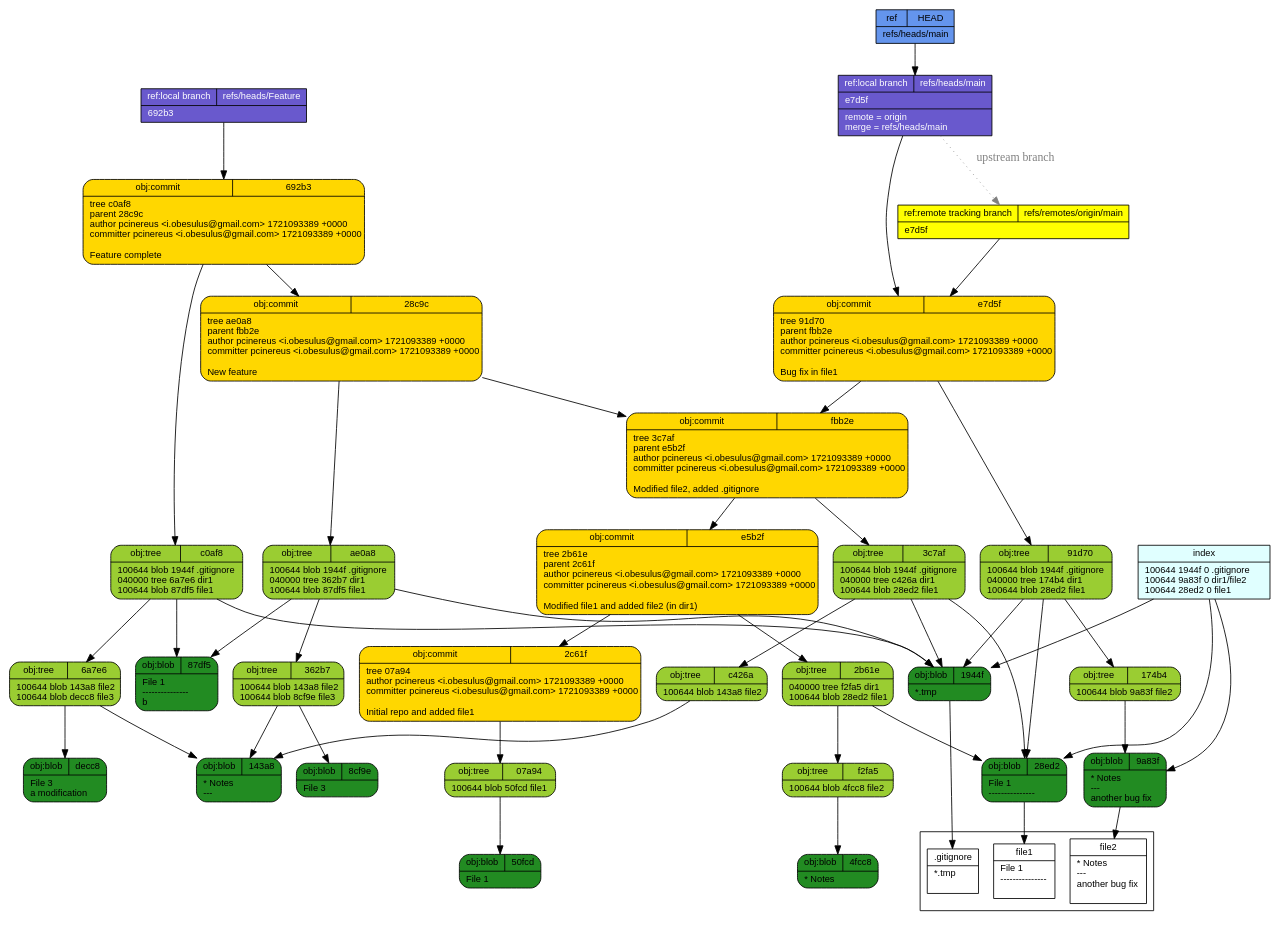
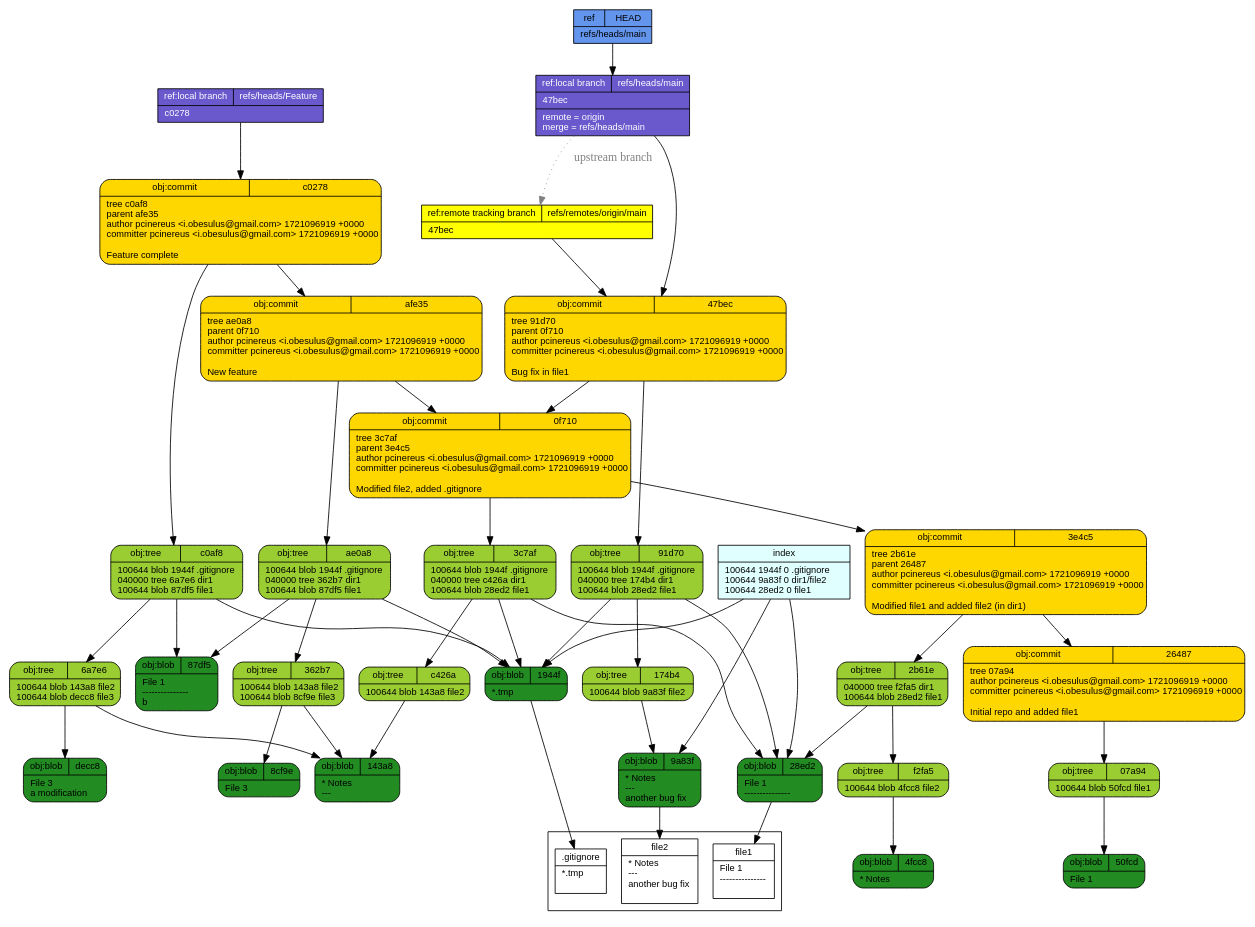
One commit to pcinereus/SUYRs_documents changed the diagram in tut/git-draw.dot. Above: the diagram before and after it, drawn with Graphviz. The commit also changed 609 other files, not shown here.

```diff
--- a/tut/git-draw.dot
+++ b/tut/git-draw.dot
@@ -1,57 +1,57 @@
 digraph structs {
   node [shape=record,fontsize=11,fontname="arial"];
   rankdir="TB";
   _f2fa5 [fillcolor="yellowgreen", style="filled,rounded", label="{{obj:tree|f2fa5}|100644\ blob\ 4fcc8\	file2\l}"]  _f2fa5 -> _4fcc8
-  _692b3 [fillcolor="gold", style="filled,rounded", label="{{obj:commit|692b3}|tree\ c0af8\lparent\ 28c9c\lauthor\ pcinereus\ \<i\.obesulus\@gmail\.com\>\ 1721093389\ \+0000\lcommitter\ pcinereus\ \<i\.obesulus\@gmail\.com\>\ 1721093389\ \+0000\l\lFeature\ complete\l}"]  _692b3 -> _c0af8
-  _692b3 -> _28c9c
   _07a94 [fillcolor="yellowgreen", style="filled,rounded", label="{{obj:tree|07a94}|100644\ blob\ 50fcd\	file1\l}"]  _07a94 -> _50fcd
   _143a8 [fillcolor="forestgreen", style="filled,rounded", label="{{obj:blob|143a8}|\*\ Notes\l\-\-\-\l}"]  _c0af8 [fillcolor="yellowgreen", style="filled,rounded", label="{{obj:tree|c0af8}|100644\ blob\ 1944f\	\.gitignore\l040000\ tree\ 6a7e6\	dir1\l100644\ blob\ 87df5\	file1\l}"]  _c0af8 -> _1944f
   _c0af8 -> _6a7e6
   _c0af8 -> _87df5
-  _4fcc8 [fillcolor="forestgreen", style="filled,rounded", label="{{obj:blob|4fcc8}|\*\ Notes\l}"]  _e5b2f [fillcolor="gold", style="filled,rounded", label="{{obj:commit|e5b2f}|tree\ 2b61e\lparent\ 2c61f\lauthor\ pcinereus\ \<i\.obesulus\@gmail\.com\>\ 1721093389\ \+0000\lcommitter\ pcinereus\ \<i\.obesulus\@gmail\.com\>\ 1721093389\ \+0000\l\lModified\ file1\ and\ added\ file2\ \(in\ dir1\)\l}"]  _e5b2f -> _2b61e
-  _e5b2f -> _2c61f
-  _fbb2e [fillcolor="gold", style="filled,rounded", label="{{obj:commit|fbb2e}|tree\ 3c7af\lparent\ e5b2f\lauthor\ pcinereus\ \<i\.obesulus\@gmail\.com\>\ 1721093389\ \+0000\lcommitter\ pcinereus\ \<i\.obesulus\@gmail\.com\>\ 1721093389\ \+0000\l\lModified\ file2\,\ added\ \.gitignore\l}"]  _fbb2e -> _3c7af
-  _fbb2e -> _e5b2f
+  _c0278 [fillcolor="gold", style="filled,rounded", label="{{obj:commit|c0278}|tree\ c0af8\lparent\ afe35\lauthor\ pcinereus\ \<i\.obesulus\@gmail\.com\>\ 1721096919\ \+0000\lcommitter\ pcinereus\ \<i\.obesulus\@gmail\.com\>\ 1721096919\ \+0000\l\lFeature\ complete\l}"]  _c0278 -> _c0af8
+  _c0278 -> _afe35
+  _4fcc8 [fillcolor="forestgreen", style="filled,rounded", label="{{obj:blob|4fcc8}|\*\ Notes\l}"]  _26487 [fillcolor="gold", style="filled,rounded", label="{{obj:commit|26487}|tree\ 07a94\lauthor\ pcinereus\ \<i\.obesulus\@gmail\.com\>\ 1721096919\ \+0000\lcommitter\ pcinereus\ \<i\.obesulus\@gmail\.com\>\ 1721096919\ \+0000\l\lInitial\ repo\ and\ added\ file1\l}"]  _26487 -> _07a94
+  _0f710 [fillcolor="gold", style="filled,rounded", label="{{obj:commit|0f710}|tree\ 3c7af\lparent\ 3e4c5\lauthor\ pcinereus\ \<i\.obesulus\@gmail\.com\>\ 1721096919\ \+0000\lcommitter\ pcinereus\ \<i\.obesulus\@gmail\.com\>\ 1721096919\ \+0000\l\lModified\ file2\,\ added\ \.gitignore\l}"]  _0f710 -> _3c7af
+  _0f710 -> _3e4c5
   _c426a [fillcolor="yellowgreen", style="filled,rounded", label="{{obj:tree|c426a}|100644\ blob\ 143a8\	file2\l}"]  _c426a -> _143a8
-  _1944f [fillcolor="forestgreen", style="filled,rounded", label="{{obj:blob|1944f}|\*\.tmp\l}"]  _50fcd [fillcolor="forestgreen", style="filled,rounded", label="{{obj:blob|50fcd}|File\ 1\l}"]  _8cf9e [fillcolor="forestgreen", style="filled,rounded", label="{{obj:blob|8cf9e}|File\ 3\l}"]  _91d70 [fillcolor="yellowgreen", style="filled,rounded", label="{{obj:tree|91d70}|100644\ blob\ 1944f\	\.gitignore\l040000\ tree\ 174b4\	dir1\l100644\ blob\ 28ed2\	file1\l}"]  _91d70 -> _1944f
+  _1944f [fillcolor="forestgreen", style="filled,rounded", label="{{obj:blob|1944f}|\*\.tmp\l}"]  _50fcd [fillcolor="forestgreen", style="filled,rounded", label="{{obj:blob|50fcd}|File\ 1\l}"]  _afe35 [fillcolor="gold", style="filled,rounded", label="{{obj:commit|afe35}|tree\ ae0a8\lparent\ 0f710\lauthor\ pcinereus\ \<i\.obesulus\@gmail\.com\>\ 1721096919\ \+0000\lcommitter\ pcinereus\ \<i\.obesulus\@gmail\.com\>\ 1721096919\ \+0000\l\lNew\ feature\l}"]  _afe35 -> _ae0a8
+  _afe35 -> _0f710
+  _47bec [fillcolor="gold", style="filled,rounded", label="{{obj:commit|47bec}|tree\ 91d70\lparent\ 0f710\lauthor\ pcinereus\ \<i\.obesulus\@gmail\.com\>\ 1721096919\ \+0000\lcommitter\ pcinereus\ \<i\.obesulus\@gmail\.com\>\ 1721096919\ \+0000\l\lBug\ fix\ in\ file1\l}"]  _47bec -> _91d70
+  _47bec -> _0f710
+  _3e4c5 [fillcolor="gold", style="filled,rounded", label="{{obj:commit|3e4c5}|tree\ 2b61e\lparent\ 26487\lauthor\ pcinereus\ \<i\.obesulus\@gmail\.com\>\ 1721096919\ \+0000\lcommitter\ pcinereus\ \<i\.obesulus\@gmail\.com\>\ 1721096919\ \+0000\l\lModified\ file1\ and\ added\ file2\ \(in\ dir1\)\l}"]  _3e4c5 -> _2b61e
+  _3e4c5 -> _26487
+  _8cf9e [fillcolor="forestgreen", style="filled,rounded", label="{{obj:blob|8cf9e}|File\ 3\l}"]  _91d70 [fillcolor="yellowgreen", style="filled,rounded", label="{{obj:tree|91d70}|100644\ blob\ 1944f\	\.gitignore\l040000\ tree\ 174b4\	dir1\l100644\ blob\ 28ed2\	file1\l}"]  _91d70 -> _1944f
   _91d70 -> _174b4
   _91d70 -> _28ed2
-  _e7d5f [fillcolor="gold", style="filled,rounded", label="{{obj:commit|e7d5f}|tree\ 91d70\lparent\ fbb2e\lauthor\ pcinereus\ \<i\.obesulus\@gmail\.com\>\ 1721093389\ \+0000\lcommitter\ pcinereus\ \<i\.obesulus\@gmail\.com\>\ 1721093389\ \+0000\l\lBug\ fix\ in\ file1\l}"]  _e7d5f -> _91d70
-  _e7d5f -> _fbb2e
   _9a83f [fillcolor="forestgreen", style="filled,rounded", label="{{obj:blob|9a83f}|\*\ Notes\l\-\-\-\l\ another\ bug\ fix\l}"]  _ae0a8 [fillcolor="yellowgreen", style="filled,rounded", label="{{obj:tree|ae0a8}|100644\ blob\ 1944f\	\.gitignore\l040000\ tree\ 362b7\	dir1\l100644\ blob\ 87df5\	file1\l}"]  _ae0a8 -> _1944f
   _ae0a8 -> _362b7
   _ae0a8 -> _87df5
-  _2c61f [fillcolor="gold", style="filled,rounded", label="{{obj:commit|2c61f}|tree\ 07a94\lauthor\ pcinereus\ \<i\.obesulus\@gmail\.com\>\ 1721093389\ \+0000\lcommitter\ pcinereus\ \<i\.obesulus\@gmail\.com\>\ 1721093389\ \+0000\l\lInitial\ repo\ and\ added\ file1\l}"]  _2c61f -> _07a94
   _2b61e [fillcolor="yellowgreen", style="filled,rounded", label="{{obj:tree|2b61e}|040000\ tree\ f2fa5\	dir1\l100644\ blob\ 28ed2\	file1\l}"]  _2b61e -> _f2fa5
   _2b61e -> _28ed2
   _87df5 [fillcolor="forestgreen", style="filled,rounded", label="{{obj:blob|87df5}|File\ 1\l\-\-\-\-\-\-\-\-\-\-\-\-\-\-\-\lb\l}"]  _362b7 [fillcolor="yellowgreen", style="filled,rounded", label="{{obj:tree|362b7}|100644\ blob\ 143a8\	file2\l100644\ blob\ 8cf9e\	file3\l}"]  _362b7 -> _143a8
   _362b7 -> _8cf9e
   _3c7af [fillcolor="yellowgreen", style="filled,rounded", label="{{obj:tree|3c7af}|100644\ blob\ 1944f\	\.gitignore\l040000\ tree\ c426a\	dir1\l100644\ blob\ 28ed2\	file1\l}"]  _3c7af -> _1944f
   _3c7af -> _c426a
   _3c7af -> _28ed2
-  _28ed2 [fillcolor="forestgreen", style="filled,rounded", label="{{obj:blob|28ed2}|File\ 1\l\-\-\-\-\-\-\-\-\-\-\-\-\-\-\-\l}"]  _28c9c [fillcolor="gold", style="filled,rounded", label="{{obj:commit|28c9c}|tree\ ae0a8\lparent\ fbb2e\lauthor\ pcinereus\ \<i\.obesulus\@gmail\.com\>\ 1721093389\ \+0000\lcommitter\ pcinereus\ \<i\.obesulus\@gmail\.com\>\ 1721093389\ \+0000\l\lNew\ feature\l}"]  _28c9c -> _ae0a8
-  _28c9c -> _fbb2e
-  _6a7e6 [fillcolor="yellowgreen", style="filled,rounded", label="{{obj:tree|6a7e6}|100644\ blob\ 143a8\	file2\l100644\ blob\ decc8\	file3\l}"]  _6a7e6 -> _143a8
+  _28ed2 [fillcolor="forestgreen", style="filled,rounded", label="{{obj:blob|28ed2}|File\ 1\l\-\-\-\-\-\-\-\-\-\-\-\-\-\-\-\l}"]  _6a7e6 [fillcolor="yellowgreen", style="filled,rounded", label="{{obj:tree|6a7e6}|100644\ blob\ 143a8\	file2\l100644\ blob\ decc8\	file3\l}"]  _6a7e6 -> _143a8
   _6a7e6 -> _decc8
   _174b4 [fillcolor="yellowgreen", style="filled,rounded", label="{{obj:tree|174b4}|100644\ blob\ 9a83f\	file2\l}"]  _174b4 -> _9a83f
-  _decc8 [fillcolor="forestgreen", style="filled,rounded", label="{{obj:blob|decc8}|File\ 3\l\ a\ modification\l}"]  _refs___heads___Feature [style=filled, fillcolor=slateblue3, fontcolor = white,  label="{{ref:local branch|refs\/heads\/Feature}|692b3\l}"]
-  _refs___heads___Feature -> _692b3
+  _decc8 [fillcolor="forestgreen", style="filled,rounded", label="{{obj:blob|decc8}|File\ 3\l\ a\ modification\l}"]  _refs___heads___Feature [style=filled, fillcolor=slateblue3, fontcolor = white,  label="{{ref:local branch|refs\/heads\/Feature}|c0278\l}"]
+  _refs___heads___Feature -> _c0278
   _refs___heads___main -> _refs___remotes___origin___main [style=dotted, color=gray, fontcolor=gray, label="upstream branch"]
-  _refs___heads___main [style=filled, fillcolor=slateblue3, fontcolor = white,  label="{{ref:local branch|refs\/heads\/main}|e7d5f\l|remote\ \=\ origin\lmerge\ \=\ refs\/heads\/main\l}"]
-  _refs___heads___main -> _e7d5f
-  _refs___remotes___origin___main [style=filled, fillcolor=yellow, fontcolor = black,  label="{{ref:remote tracking branch|refs\/remotes\/origin\/main}|e7d5f\l}"]
-  _refs___remotes___origin___main -> _e7d5f
+  _refs___heads___main [style=filled, fillcolor=slateblue3, fontcolor = white,  label="{{ref:local branch|refs\/heads\/main}|47bec\l|remote\ \=\ origin\lmerge\ \=\ refs\/heads\/main\l}"]
+  _refs___heads___main -> _47bec
+  _refs___remotes___origin___main [style=filled, fillcolor=yellow, fontcolor = black,  label="{{ref:remote tracking branch|refs\/remotes\/origin\/main}|47bec\l}"]
+  _refs___remotes___origin___main -> _47bec
   _HEAD [style=filled, fillcolor=cornflowerblue, fontcolor=black,  label="{{ref|HEAD}|refs\/heads\/main\l}"]
   _HEAD -> _refs___heads___main
   index -> _1944f
   index -> _9a83f
   index -> _28ed2
   index [style=filled, fillcolor=lightcyan, label="{{index}|100644\ 1944f\ 0\	\.gitignore\l100644\ 9a83f\ 0\	dir1\/file2\l100644\ 28ed2\ 0\	file1\l}"]
 subgraph cluster_1 {rank=sink  _gitignore [fillcolor="white", label="{{.gitignore}|*.tmp\l\l}"] 
   _file2 [fillcolor="white", label="{{file2}|* Notes\l---\l another bug fix\l\l}"] 
   _file1 [fillcolor="white", label="{{file1}|File 1\l---------------\l\l}"] 
 }
  _1944f -> _gitignore
  _9a83f -> _file2
  _28ed2 -> _file1
 }
```
